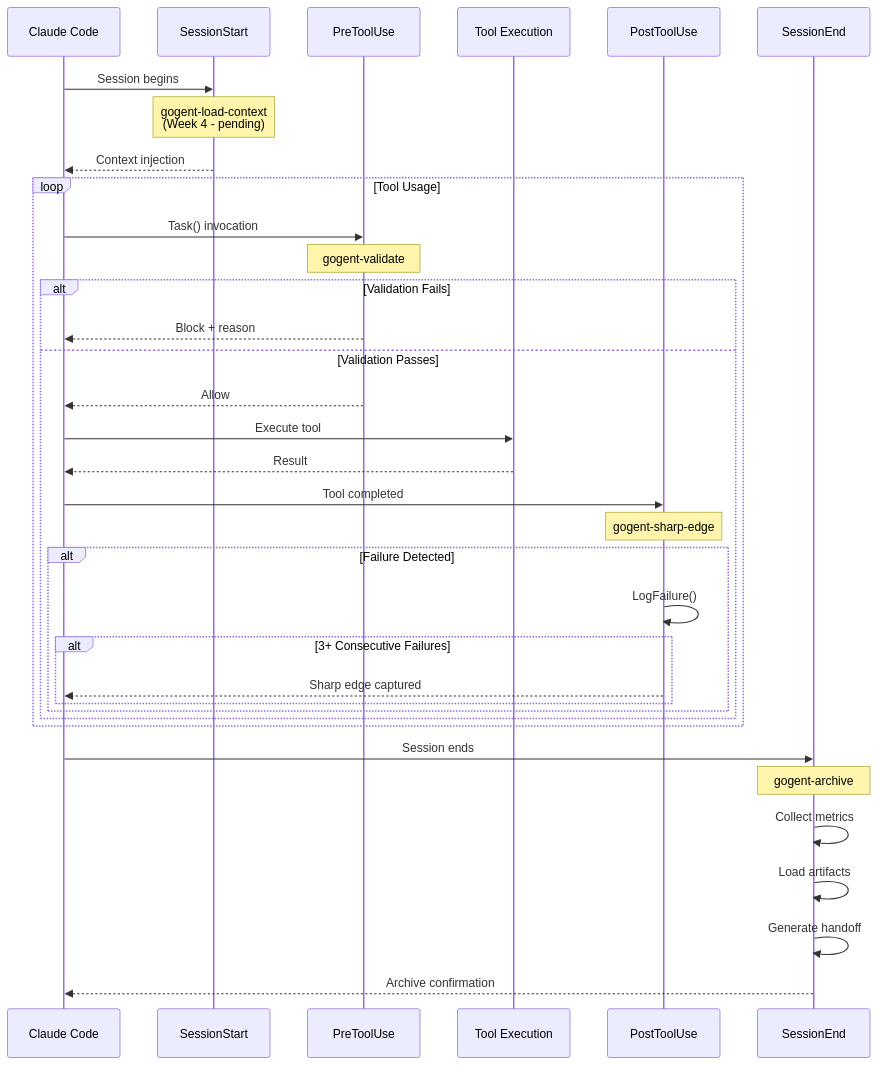
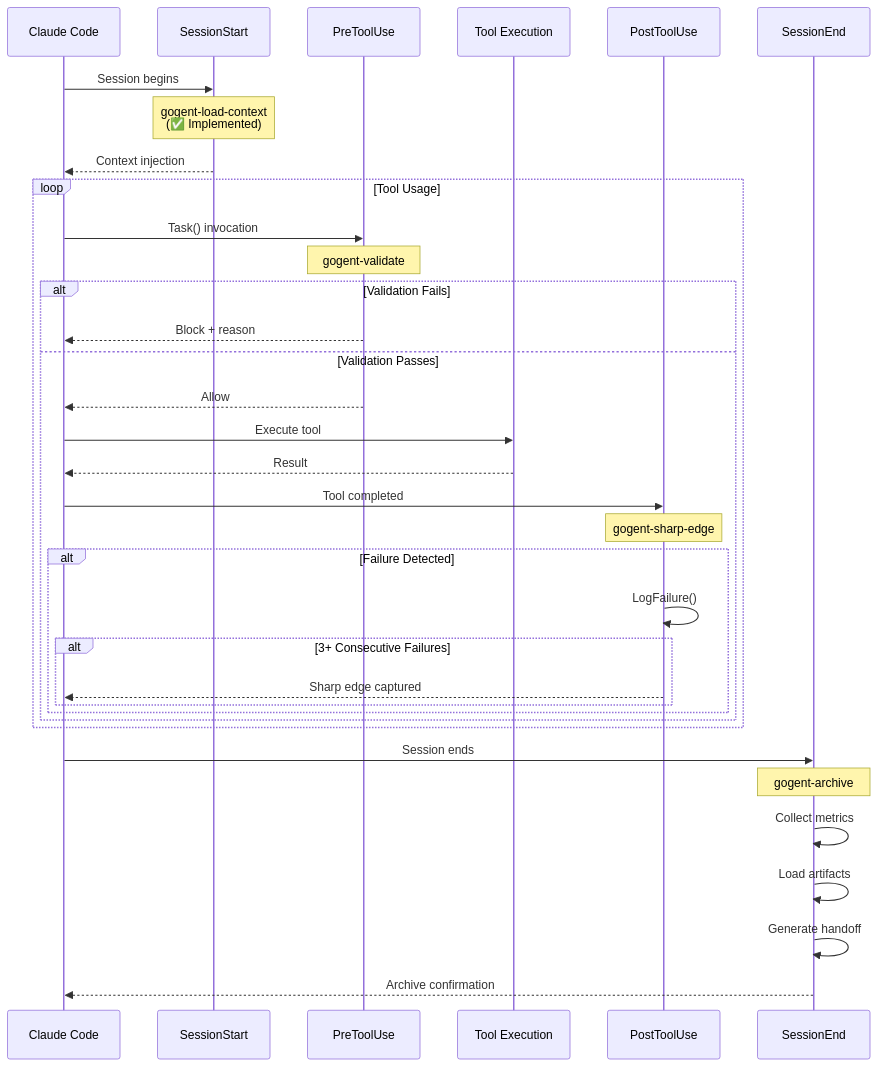
Before and after one commit to Bucket-Chemist/goYoke: the first of 6 diagrams in docs/systems-architecture-overview.md, drawn with Mermaid. The commit also changed other lines of this file, not shown here.

First line of the commit message:
docs: Update systems architecture for SessionStart completion

````diff
--- a/docs/systems-architecture-overview.md
+++ b/docs/systems-architecture-overview.md
@@ -21,42 +21,42 @@
 ```mermaid
 sequenceDiagram
     participant CC as Claude Code
     participant SS as SessionStart
     participant PT as PreToolUse
     participant Tool as Tool Execution
     participant PO as PostToolUse
     participant SE as SessionEnd
 
     CC->>SS: Session begins
-    Note over SS: gogent-load-context<br/>(Week 4 - pending)
+    Note over SS: gogent-load-context<br/>(✅ Implemented)
     SS-->>CC: Context injection
 
     loop Tool Usage
         CC->>PT: Task() invocation
         Note over PT: gogent-validate
 
         alt Validation Fails
             PT-->>CC: Block + reason
         else Validation Passes
             PT-->>CC: Allow
             CC->>Tool: Execute tool
             Tool-->>CC: Result
             CC->>PO: Tool completed
             Note over PO: gogent-sharp-edge
 
             alt Failure Detected
                 PO->>PO: LogFailure()
                 alt 3+ Consecutive Failures
                     PO-->>CC: Sharp edge captured
                 end
             end
         end
     end
 
     CC->>SE: Session ends
     Note over SE: gogent-archive
     SE->>SE: Collect metrics
     SE->>SE: Load artifacts
     SE->>SE: Generate handoff
     SE-->>CC: Archive confirmation
 ```
````
